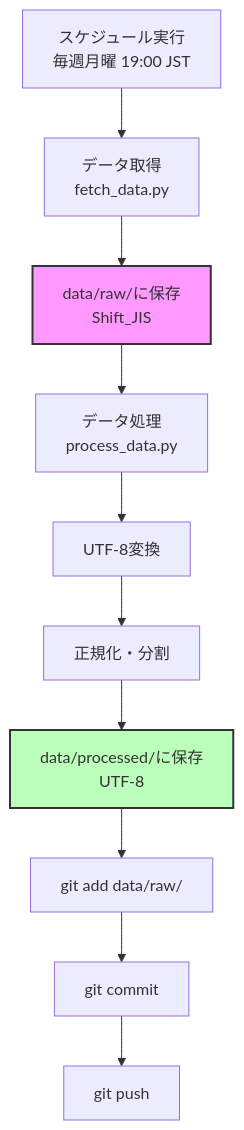
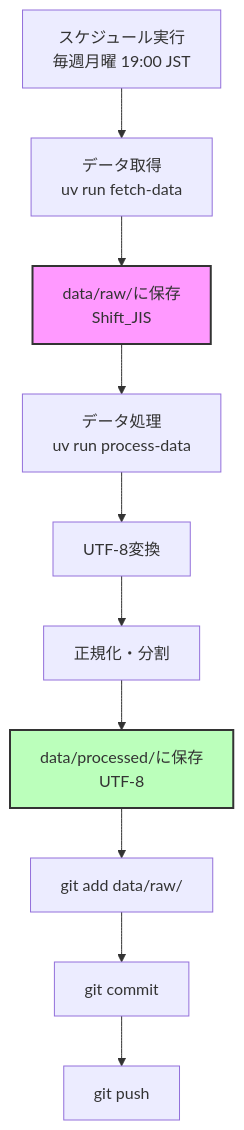
Before and after one commit to kambarakun/fetch-tokyo-idsc-github-actions: the second of 4 diagrams in docs/data_structure_design.md, drawn with Mermaid. The commit also changed other lines of this file and 20 other files, not shown here.

````diff
--- a/docs/data_structure_design.md
+++ b/docs/data_structure_design.md
@@ -217,15 +217,15 @@
 ```mermaid
 flowchart TD
-    Schedule[スケジュール実行<br/>毎週月曜 19:00 JST] --> Fetch[データ取得<br/>fetch_data.py]
+    Schedule[スケジュール実行<br/>毎週月曜 19:00 JST] --> Fetch[データ取得<br/>uv run fetch-data]
     Fetch --> SaveRaw[data/raw/に保存<br/>Shift_JIS]
-    SaveRaw --> Process[データ処理<br/>process_data.py]
+    SaveRaw --> Process[データ処理<br/>uv run process-data]
     Process --> ConvertUTF8[UTF-8変換]
     ConvertUTF8 --> Normalize[正規化・分割]
     Normalize --> SaveProcessed[data/processed/に保存<br/>UTF-8]
     SaveProcessed --> GitAdd[git add data/raw/]
     GitAdd --> GitCommit[git commit]
     GitCommit --> GitPush[git push]
 
     style SaveRaw fill:#f9f,stroke:#333,stroke-width:2px
     style SaveProcessed fill:#bfb,stroke:#333,stroke-width:2px
 ```
````
